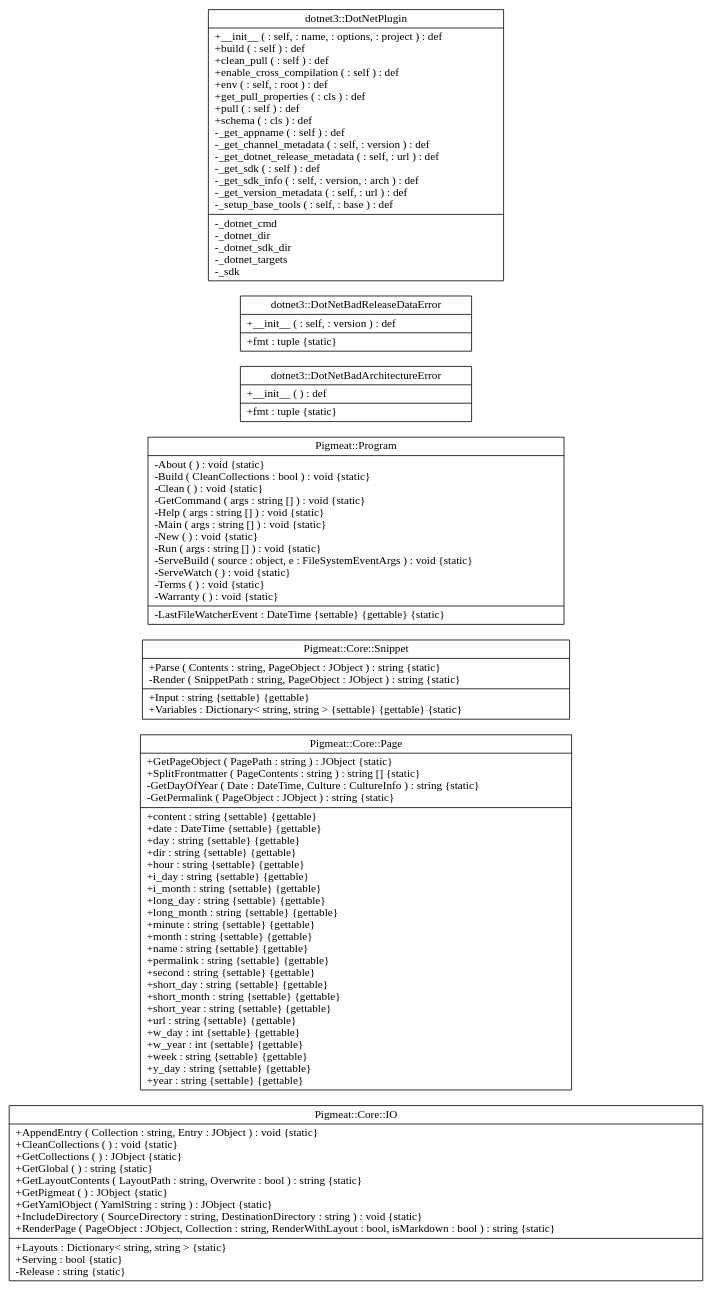
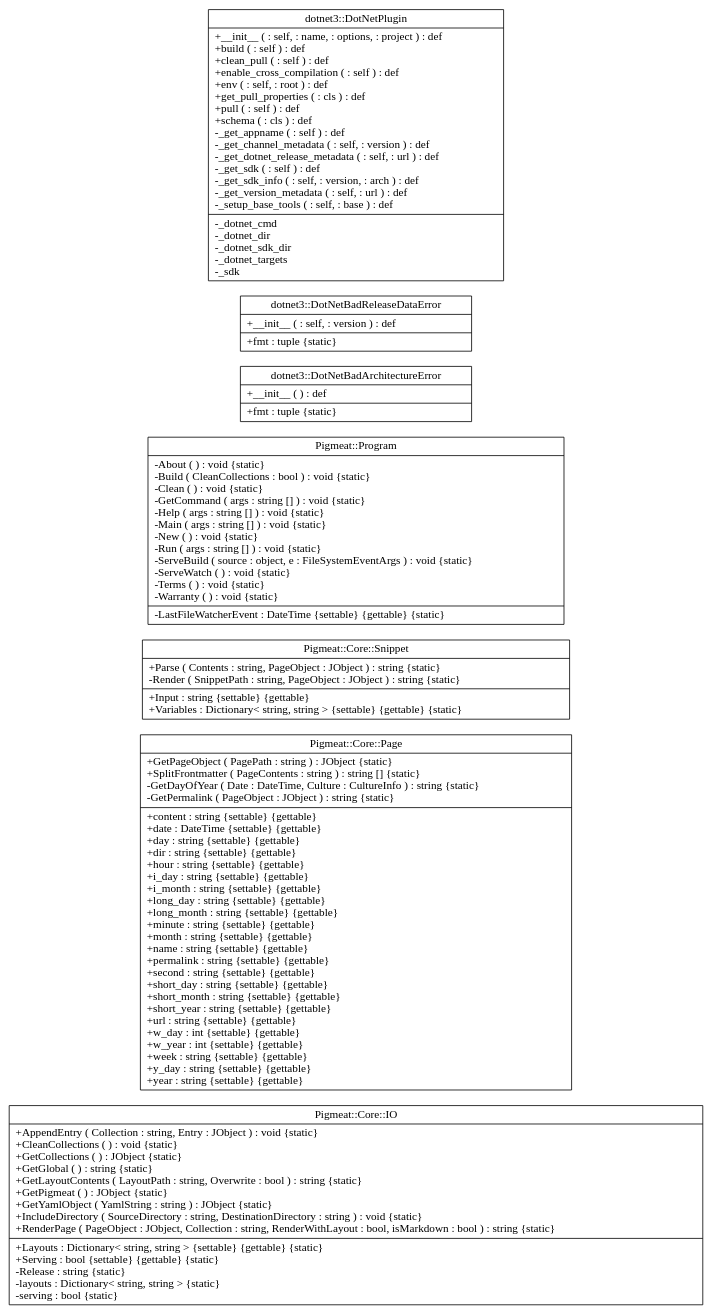
Before and after one commit to milovidov983/Pigmeat: the diagram in diagrams/graph.dot, drawn with Graphviz. The commit also changed 19 other files, not shown here.

```diff
--- a/diagrams/graph.dot
+++ b/diagrams/graph.dot
@@ -1,11 +1,11 @@
 digraph doxygraph
 {
 graph [ rankdir="RL" ]
-"class_pigmeat_1_1_core_1_1_i_o" [ label="Pigmeat::Core::IO\n|+AppendEntry ( Collection : string, Entry : JObject ) : void \{static\}\l+CleanCollections (  ) : void \{static\}\l+GetCollections (  ) : JObject \{static\}\l+GetGlobal (  ) : string \{static\}\l+GetLayoutContents ( LayoutPath : string, Overwrite : bool ) : string \{static\}\l+GetPigmeat (  ) : JObject \{static\}\l+GetYamlObject ( YamlString : string ) : JObject \{static\}\l+IncludeDirectory ( SourceDirectory : string, DestinationDirectory : string ) : void \{static\}\l+RenderPage ( PageObject : JObject, Collection : string, RenderWithLayout : bool, isMarkdown : bool ) : string \{static\}\l|+Layouts : Dictionary\< string, string \> \{static\}\l+Serving : bool \{static\}\l-Release : string \{static\}\l" shape="record" ]
+"class_pigmeat_1_1_core_1_1_i_o" [ label="Pigmeat::Core::IO\n|+AppendEntry ( Collection : string, Entry : JObject ) : void \{static\}\l+CleanCollections (  ) : void \{static\}\l+GetCollections (  ) : JObject \{static\}\l+GetGlobal (  ) : string \{static\}\l+GetLayoutContents ( LayoutPath : string, Overwrite : bool ) : string \{static\}\l+GetPigmeat (  ) : JObject \{static\}\l+GetYamlObject ( YamlString : string ) : JObject \{static\}\l+IncludeDirectory ( SourceDirectory : string, DestinationDirectory : string ) : void \{static\}\l+RenderPage ( PageObject : JObject, Collection : string, RenderWithLayout : bool, isMarkdown : bool ) : string \{static\}\l|+Layouts : Dictionary\< string, string \> \{settable\} \{gettable\} \{static\}\l+Serving : bool \{settable\} \{gettable\} \{static\}\l-Release : string \{static\}\l-layouts : Dictionary\< string, string \> \{static\}\l-serving : bool \{static\}\l" shape="record" ]
 "class_pigmeat_1_1_core_1_1_page" [ label="Pigmeat::Core::Page\n|+GetPageObject ( PagePath : string ) : JObject \{static\}\l+SplitFrontmatter ( PageContents : string ) : string [] \{static\}\l-GetDayOfYear ( Date : DateTime, Culture : CultureInfo ) : string \{static\}\l-GetPermalink ( PageObject : JObject ) : string \{static\}\l|+content : string \{settable\} \{gettable\}\l+date : DateTime \{settable\} \{gettable\}\l+day : string \{settable\} \{gettable\}\l+dir : string \{settable\} \{gettable\}\l+hour : string \{settable\} \{gettable\}\l+i_day : string \{settable\} \{gettable\}\l+i_month : string \{settable\} \{gettable\}\l+long_day : string \{settable\} \{gettable\}\l+long_month : string \{settable\} \{gettable\}\l+minute : string \{settable\} \{gettable\}\l+month : string \{settable\} \{gettable\}\l+name : string \{settable\} \{gettable\}\l+permalink : string \{settable\} \{gettable\}\l+second : string \{settable\} \{gettable\}\l+short_day : string \{settable\} \{gettable\}\l+short_month : string \{settable\} \{gettable\}\l+short_year : string \{settable\} \{gettable\}\l+url : string \{settable\} \{gettable\}\l+w_day : int \{settable\} \{gettable\}\l+w_year : int \{settable\} \{gettable\}\l+week : string \{settable\} \{gettable\}\l+y_day : string \{settable\} \{gettable\}\l+year : string \{settable\} \{gettable\}\l" shape="record" ]
 "class_pigmeat_1_1_core_1_1_snippet" [ label="Pigmeat::Core::Snippet\n|+Parse ( Contents : string, PageObject : JObject ) : string \{static\}\l-Render ( SnippetPath : string, PageObject : JObject ) : string \{static\}\l|+Input : string \{settable\} \{gettable\}\l+Variables : Dictionary\< string, string \> \{settable\} \{gettable\} \{static\}\l" shape="record" ]
 "class_pigmeat_1_1_program" [ label="Pigmeat::Program\n|-About (  ) : void \{static\}\l-Build ( CleanCollections : bool ) : void \{static\}\l-Clean (  ) : void \{static\}\l-GetCommand ( args : string [] ) : void \{static\}\l-Help ( args : string [] ) : void \{static\}\l-Main ( args : string [] ) : void \{static\}\l-New (  ) : void \{static\}\l-Run ( args : string [] ) : void \{static\}\l-ServeBuild ( source : object, e : FileSystemEventArgs ) : void \{static\}\l-ServeWatch (  ) : void \{static\}\l-Terms (  ) : void \{static\}\l-Warranty (  ) : void \{static\}\l|-LastFileWatcherEvent : DateTime \{settable\} \{gettable\} \{static\}\l" shape="record" ]
 "classdotnet3_1_1_dot_net_bad_architecture_error" [ label="dotnet3::DotNetBadArchitectureError\n|+__init__ (  ) : def\l|+fmt : tuple \{static\}\l" shape="record" ]
 "classdotnet3_1_1_dot_net_bad_release_data_error" [ label="dotnet3::DotNetBadReleaseDataError\n|+__init__ (  : self,  : version ) : def\l|+fmt : tuple \{static\}\l" shape="record" ]
 "classdotnet3_1_1_dot_net_plugin" [ label="dotnet3::DotNetPlugin\n|+__init__ (  : self,  : name,  : options,  : project ) : def\l+build (  : self ) : def\l+clean_pull (  : self ) : def\l+enable_cross_compilation (  : self ) : def\l+env (  : self,  : root ) : def\l+get_pull_properties (  : cls ) : def\l+pull (  : self ) : def\l+schema (  : cls ) : def\l-_get_appname (  : self ) : def\l-_get_channel_metadata (  : self,  : version ) : def\l-_get_dotnet_release_metadata (  : self,  : url ) : def\l-_get_sdk (  : self ) : def\l-_get_sdk_info (  : self,  : version,  : arch ) : def\l-_get_version_metadata (  : self,  : url ) : def\l-_setup_base_tools (  : self,  : base ) : def\l|-_dotnet_cmd\l-_dotnet_dir\l-_dotnet_sdk_dir\l-_dotnet_targets\l-_sdk\l" shape="record" ]
 }
```
